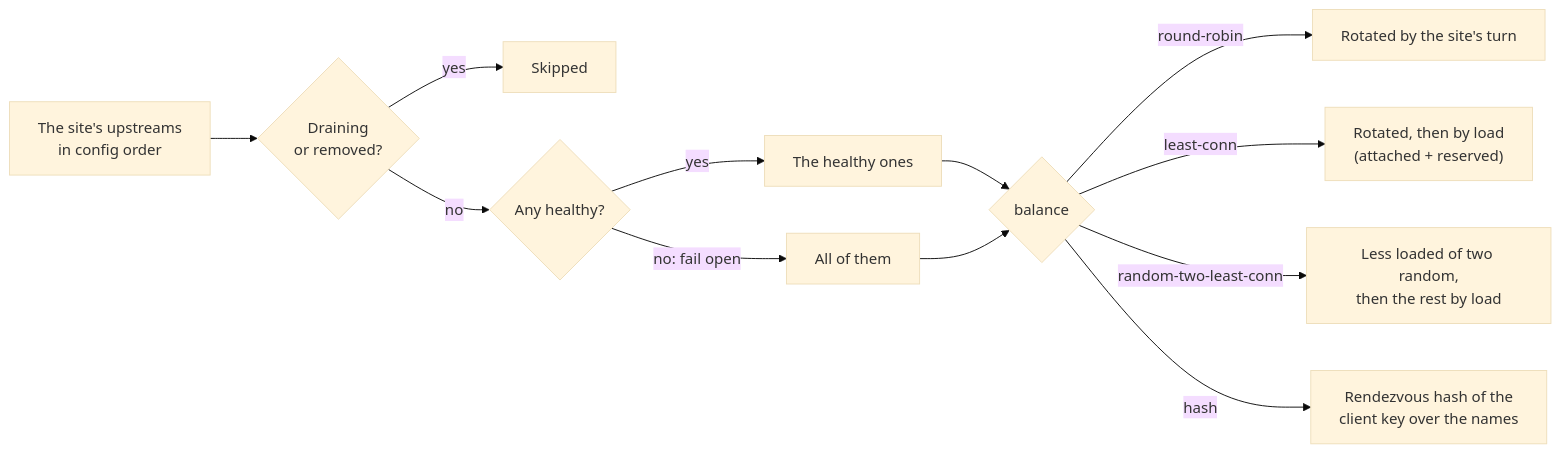
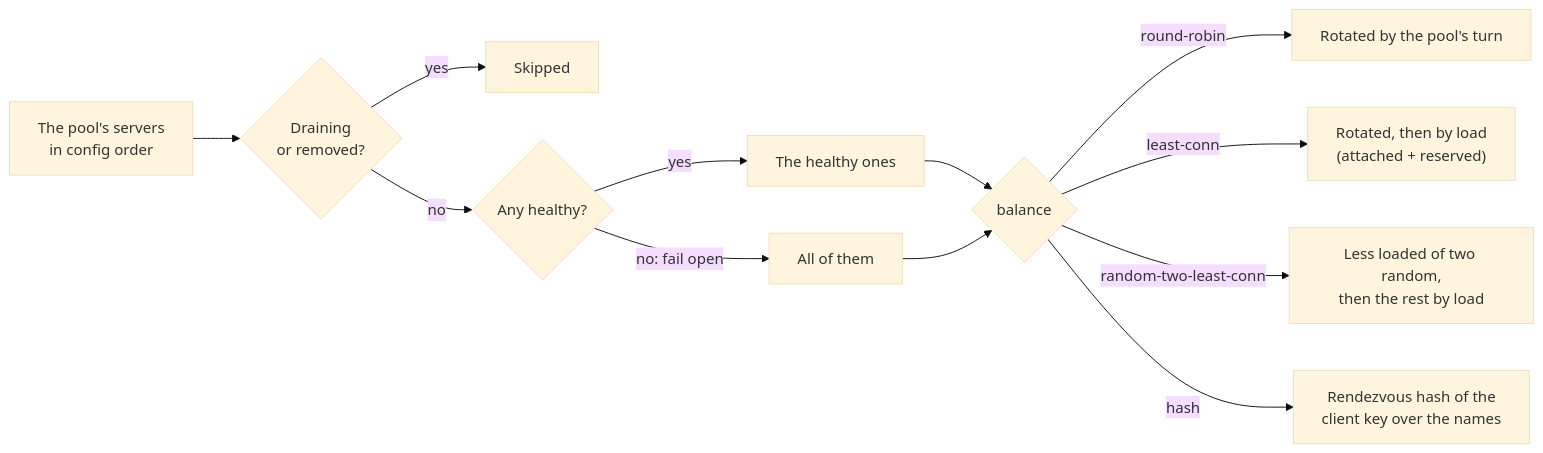
One commit to binwiederhier/ntlb changed the fourth of 16 diagrams in docs/architecture.md. Above: the diagram before and after it, drawn with Mermaid (base theme). The commit also changed other lines of this file and 3 other files, not shown here.

Commit message:
Add a code walkthrough, update the architecture docs for pools, proxy rules and 429

````diff
--- a/docs/architecture.md
+++ b/docs/architecture.md
@@ -159,14 +161,14 @@
 ```mermaid
 flowchart LR
-    all["The site's upstreams<br/>in config order"] --> draining{"Draining<br/>or removed?"}
+    all["The pool's servers<br/>in config order"] --> draining{"Draining<br/>or removed?"}
     draining -- yes --> skip["Skipped"]
     draining -- no --> healthy{"Any healthy?"}
     healthy -- yes --> h["The healthy ones"]
     healthy -- "no: fail open" --> u["All of them"]
     h --> order{"balance"}
     u --> order
-    order -- "round-robin" --> rr["Rotated by the site's turn"]
+    order -- "round-robin" --> rr["Rotated by the pool's turn"]
     order -- "least-conn" --> lc["Rotated, then by load<br/>(attached + reserved)"]
     order -- "random-two-least-conn" --> r2["Less loaded of two random,<br/>then the rest by load"]
     order -- "hash" --> hash["Rendezvous hash of the<br/>client key over the names"]
 ```
````
